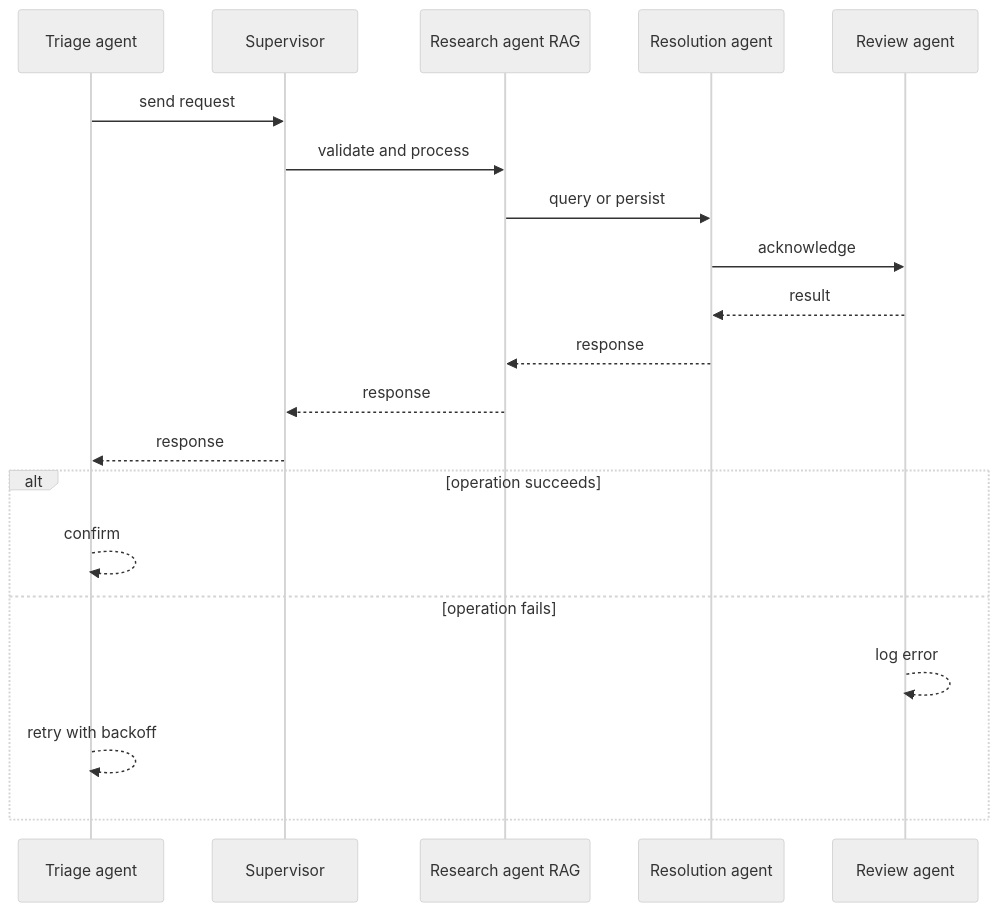
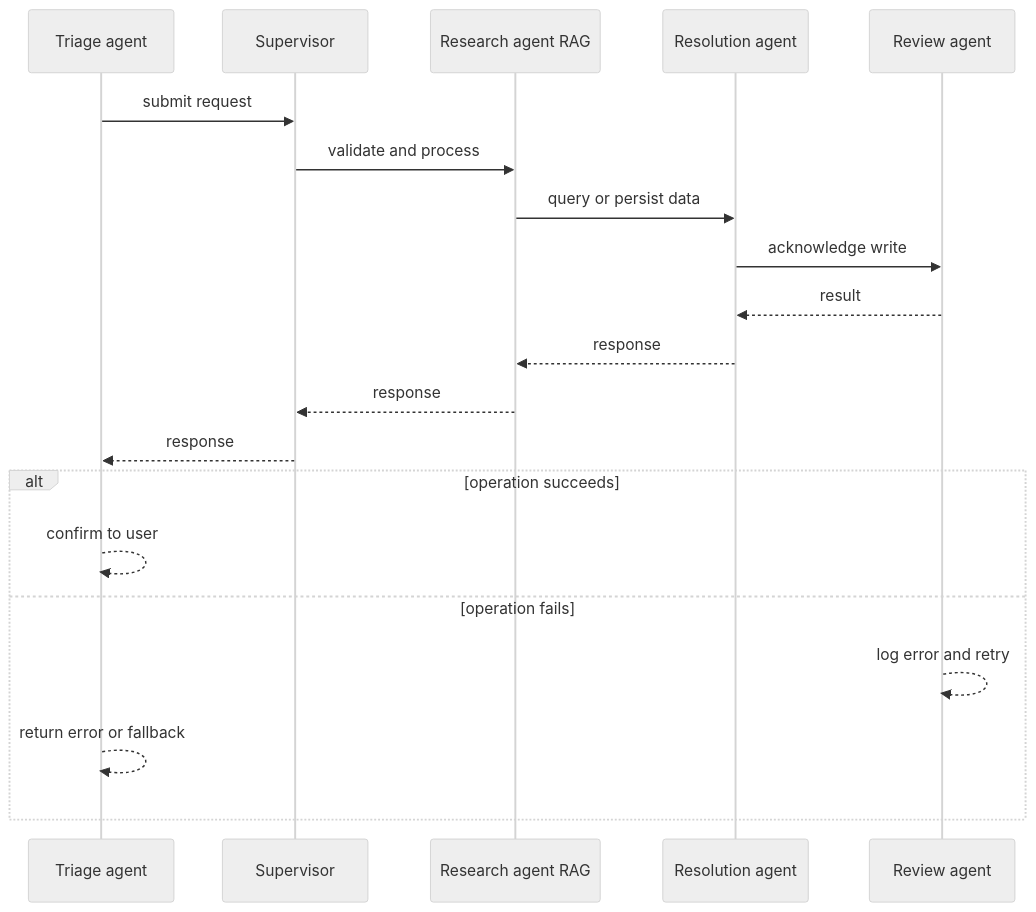
One commit to RIT-MESH/system-design-mastery changed the second of 4 diagrams in case-studies/ai-systems/autonomous-support-agent-team.md. Above: the diagram before and after it, drawn with Mermaid (neutral theme). The commit also changed other lines of this file and 127 other files, not shown here.

First line of the commit message:
Improve all case study diagrams: case-specific sequences, fix truncated labels

````diff
--- a/case-studies/ai-systems/autonomous-support-agent-team.md
+++ b/case-studies/ai-systems/autonomous-support-agent-team.md
@@ -81,23 +81,23 @@
 ```mermaid
 %% created-for: system-design-mastery
 sequenceDiagram
-  participant C0 as Triage agent
-  participant C1 as Supervisor
-  participant C2 as Research agent RAG
-  participant C3 as Resolution agent
-  participant C4 as Review agent
-  C0 ->> C1: send request
-  C1 ->> C2: validate and process
-  C2 ->> C3: query or persist
-  C3 ->> C4: acknowledge
-  C4 -->> C3: result
-  C3 -->> C2: response
-  C2 -->> C1: response
-  C1 -->> C0: response
+  participant P0 as Triage agent
+  participant P1 as Supervisor
+  participant P2 as Research agent RAG
+  participant P3 as Resolution agent
+  participant P4 as Review agent
+  P0 ->> P1: submit request
+  P1 ->> P2: validate and process
+  P2 ->> P3: query or persist data
+  P3 ->> P4: acknowledge write
+  P4 -->> P3: result
+  P3 -->> P2: response
+  P2 -->> P1: response
+  P1 -->> P0: response
   alt operation succeeds
-    C0 -->> C0: confirm
+    P0 -->> P0: confirm to user
   else operation fails
-    C4 -->> C4: log error
-    C0 -->> C0: retry with backoff
+    P4 -->> P4: log error and retry
+    P0 -->> P0: return error or fallback
   end
 ```
````
